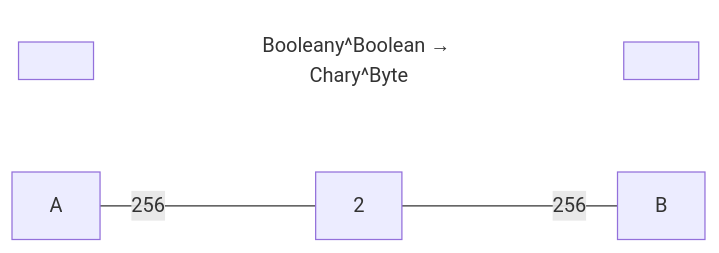
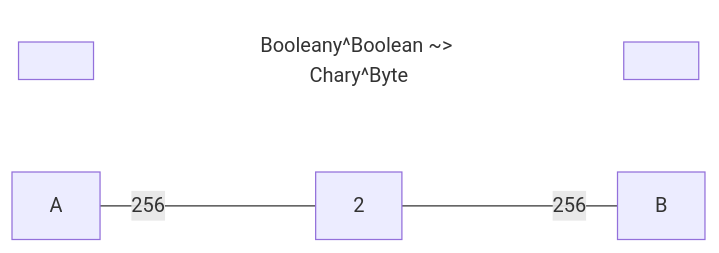
Before and after one commit to julianpeeters/polynomial: the second of 4 diagrams in README.md, drawn with Mermaid. The commit also changed other lines of this file and 1 other file, not shown here.

Commit message:
Update README for github mermaid rendering

````diff
--- a/README.md
+++ b/README.md
@@ -103,9 +103,9 @@
 ```mermaid
 graph LR;
-  TitleStart[ ]:::hidden~~~TitleBody[Booleany^Boolean → Chary^Byte]:::title~~~TitleEnd[ ]:::hidden
+  TitleStart[ ]:::hidden~~~TitleBody[Booleany^Boolean ~> Chary^Byte]:::title~~~TitleEnd[ ]:::hidden
   A:::hidden---|256|S[2]---|256|B:::hidden;
 
 classDef empty fill:background;
 classDef point width:0px, height:0px;
 classDef title stroke-width:0px, fill:background;
 ```
````
